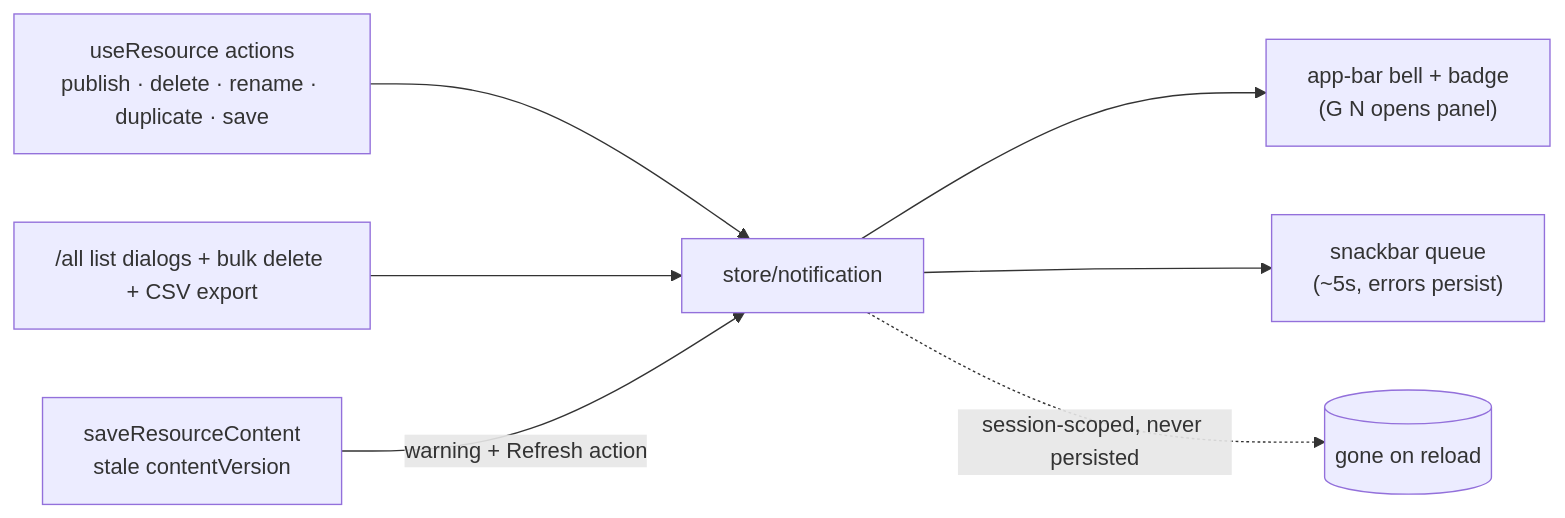
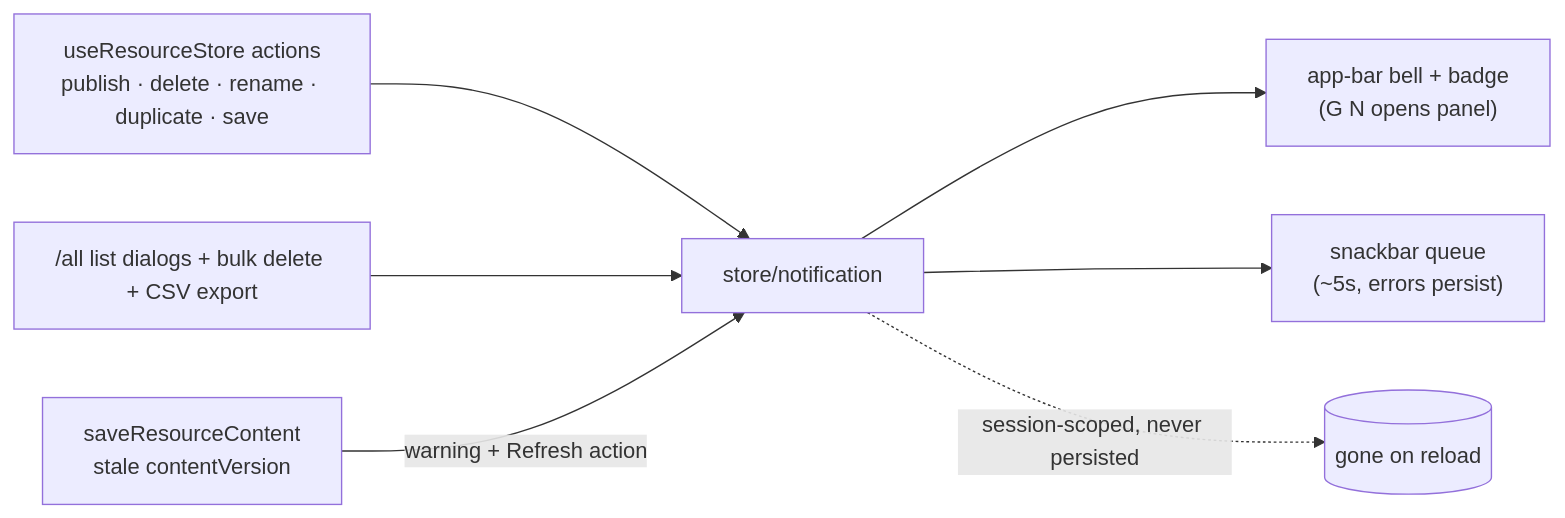
One commit to Esposter/Esposter changed the diagram in packages/app/content/docs/platform/notifications.md. Above: the diagram before and after it, drawn with Mermaid. The commit also changed other lines of this file and 59 other files, not shown here.

````diff
--- a/packages/app/content/docs/platform/notifications.md
+++ b/packages/app/content/docs/platform/notifications.md
@@ -26,9 +26,9 @@
 ```mermaid
 flowchart LR
-  UR["useResource actions<br/>publish · delete · rename · duplicate · save"] --> ST
+  UR["useResourceStore actions<br/>publish · delete · rename · duplicate · save"] --> ST
   LST["/all list dialogs + bulk delete + CSV export"] --> ST
   CV["saveResourceContent<br/>stale contentVersion"] -->|warning + Refresh action| ST["store/notification"]
   ST --> BELL["app-bar bell + badge<br/>(G N opens panel)"]
   ST --> SNACK["snackbar queue<br/>(~5s, errors persist)"]
   ST -.->|"session-scoped, never persisted"| X[("gone on reload")]
 ```
````
